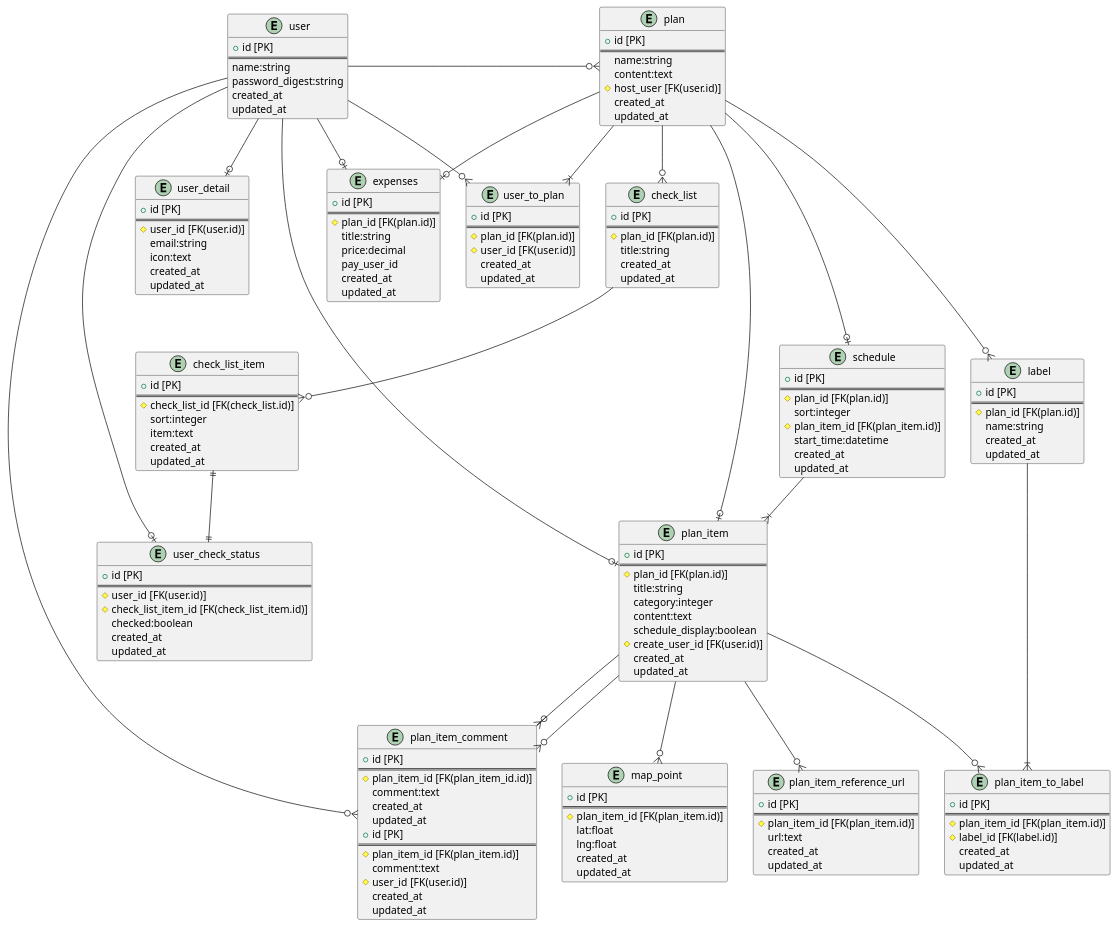
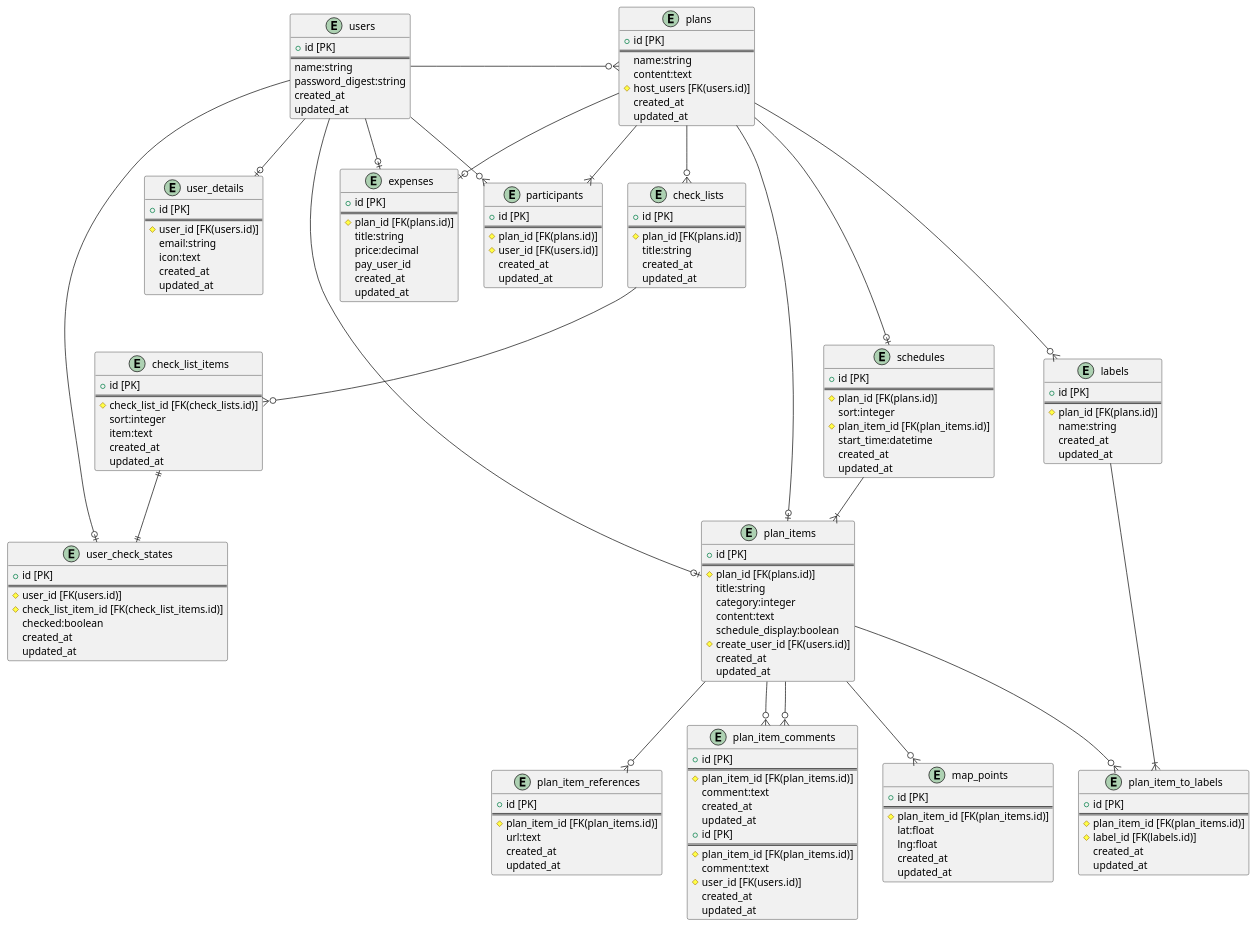
One commit to missyu3/our_trip_old changed the diagram in doc/table.puml. Above: the diagram before and after it, drawn with PlantUML. The commit also changed 1 other file, not shown here.

```diff
--- a/doc/table.puml
+++ b/doc/table.puml
@@ -1,183 +1,182 @@
 @startuml EntityRelationship
-entity "user" {
+entity "users" {
     + id [PK]
     ==
     name:string
     password_digest:string
     created_at
     updated_at
 }
 
-entity "user_detail" {
+entity "user_details" {
     + id [PK]
     ==
-    # user_id [FK(user.id)]
+    # user_id [FK(users.id)]
     email:string
     icon:text
     created_at
     updated_at
 }
 
-entity "user_to_plan" {
+entity "participants" {
     + id [PK]
     ==
-    # plan_id [FK(plan.id)]
-    # user_id [FK(user.id)]
+    # plan_id [FK(plans.id)]
+    # user_id [FK(users.id)]
     created_at
     updated_at
 }
 
-entity "plan" {
+entity "plans" {
     + id [PK]
     ==
     name:string
     content:text
-    # host_user [FK(user.id)]
+    # host_users [FK(users.id)]
     created_at
     updated_at
 }
 
-entity "label" {
+entity "labels" {
     + id [PK]
     ==
-    # plan_id [FK(plan.id)]
+    # plan_id [FK(plans.id)]
     name:string
     created_at
     updated_at
 }
 
-entity "schedule" {
+entity "schedules" {
     + id [PK]
     ==
-    # plan_id [FK(plan.id)]
+    # plan_id [FK(plans.id)]
     sort:integer
-    # plan_item_id [FK(plan_item.id)]
+    # plan_item_id [FK(plan_items.id)]
     start_time:datetime
     created_at
     updated_at
 }
 
-entity "plan_item" {
+entity "plan_items" {
     + id [PK]
     ==
-    # plan_id [FK(plan.id)]
+    # plan_id [FK(plans.id)]
     title:string
     category:integer
     content:text
     schedule_display:boolean
-    # create_user_id [FK(user.id)]
+    # create_user_id [FK(users.id)]
     created_at
     updated_at
 }
 
-entity "plan_item_to_label" {
+entity "plan_item_to_labels" {
     + id [PK]
     ==
-    # plan_item_id [FK(plan_item.id)]
-    # label_id [FK(label.id)]
+    # plan_item_id [FK(plan_items.id)]
+    # label_id [FK(labels.id)]
     created_at
     updated_at
 }
 
-entity "plan_item_reference_url" {
+entity "plan_item_references" {
     + id [PK]
     ==
-    # plan_item_id [FK(plan_item.id)]
+    # plan_item_id [FK(plan_items.id)]
     url:text
     created_at
     updated_at
 }
 
-entity "plan_item_comment" {
+entity "plan_item_comments" {
     + id [PK]
     ==
-    # plan_item_id [FK(plan_item_id.id)]
+    # plan_item_id [FK(plan_items.id)]
     comment:text
     created_at
     updated_at
 }
 
-entity "map_point" {
+entity "map_points" {
     + id [PK]
     ==
-    # plan_item_id [FK(plan_item.id)]
+    # plan_item_id [FK(plan_items.id)]
     lat:float
     lng:float
     created_at
     updated_at
 }
 
-entity "check_list" {
+entity "check_lists" {
     + id [PK]
     ==
-    # plan_id [FK(plan.id)]
+    # plan_id [FK(plans.id)]
     title:string
     created_at
     updated_at
 }
 
-entity "check_list_item" {
+entity "check_list_items" {
     + id [PK] 
     ==
-    # check_list_id [FK(check_list.id)]
+    # check_list_id [FK(check_lists.id)]
     sort:integer
     item:text
     created_at
     updated_at
 }
 
-entity "user_check_status" {
+entity "user_check_states" {
     + id [PK]
     ==
-    # user_id [FK(user.id)]
-    # check_list_item_id [FK(check_list_item.id)]
+    # user_id [FK(users.id)]
+    # check_list_item_id [FK(check_list_items.id)]
     checked:boolean
     created_at
     updated_at
 }
 
 entity "expenses" {
     + id [PK]
     ==
-    # plan_id [FK(plan.id)]
+    # plan_id [FK(plans.id)]
     title:string
     price:decimal
     pay_user_id
     created_at
     updated_at
 }
 
-entity "plan_item_comment" {
+entity "plan_item_comments" {
     + id [PK]
     ==
-    # plan_item_id [FK(plan_item.id)]
+    # plan_item_id [FK(plan_items.id)]
     comment:text
-    # user_id [FK(user.id)]
+    # user_id [FK(users.id)]
     created_at
     updated_at
 }
 
-user --o| user_detail
-user --right--o{ plan
-user --o{ user_to_plan
-user --o| user_check_status
-user --o| plan_item
-user --o| expenses
-user --o{ plan_item_comment
-plan --o| schedule
-plan --o| expenses
-plan --down--o| plan_item
-plan --o{ label
-plan --|{ user_to_plan
-plan --o{ check_list
-schedule --|{ plan_item
-check_list --o{ check_list_item
-check_list_item ||--|| user_check_status
-plan_item --o{ plan_item_comment
-plan_item --o{ plan_item_reference_url
-plan_item --o{ map_point
-plan_item --o{ plan_item_to_label
-plan_item --o{ plan_item_comment
-label --|{ plan_item_to_label
+users --o| user_details
+users --right--o{ plans
+users --o{ participants
+users --o| user_check_states
+users --o| plan_items
+users --o| expenses
+plan_items --o{ plan_item_comments
+plans --o| schedules
+plans --o| expenses
+plans --down--o| plan_items
+plans --o{ labels
+plans --|{ participants
+plans --o{ check_lists
+schedules --|{ plan_items
+check_lists --o{ check_list_items
+check_list_items ||--|| user_check_states
+plan_items --o{ plan_item_comments
+plan_items --o{ plan_item_references
+plan_items --o{ map_points
+plan_items --o{ plan_item_to_labels
+labels --|{ plan_item_to_labels
 
 @enduml
```
